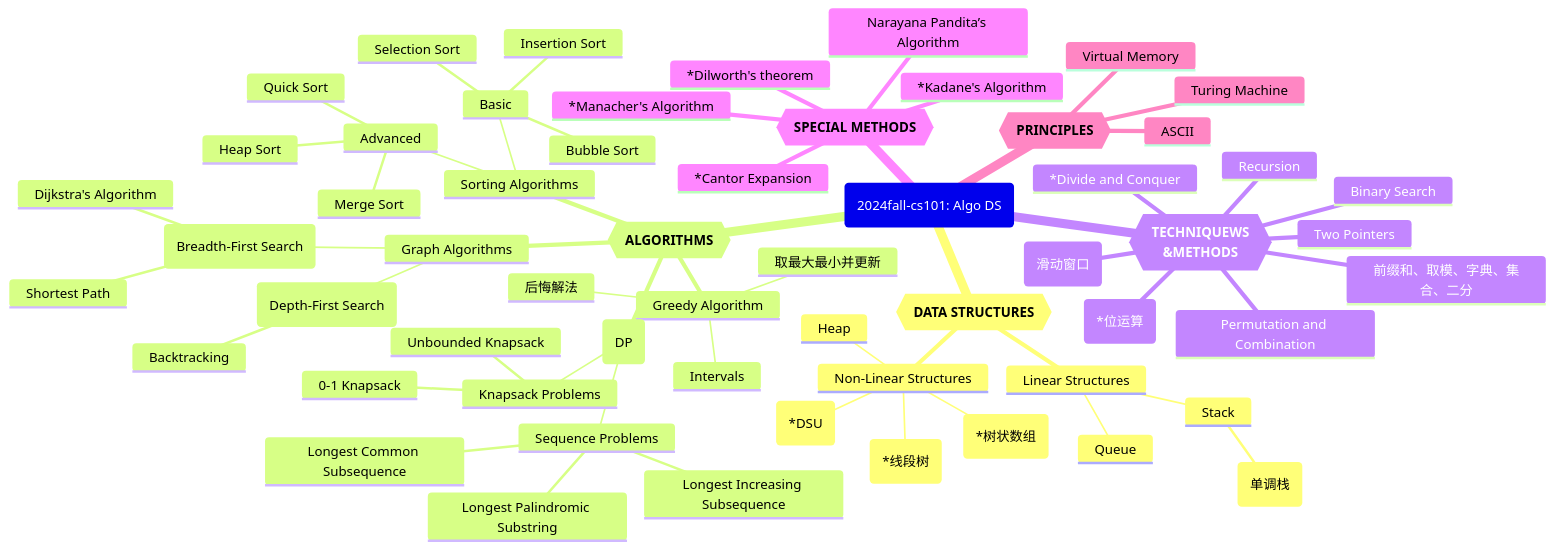
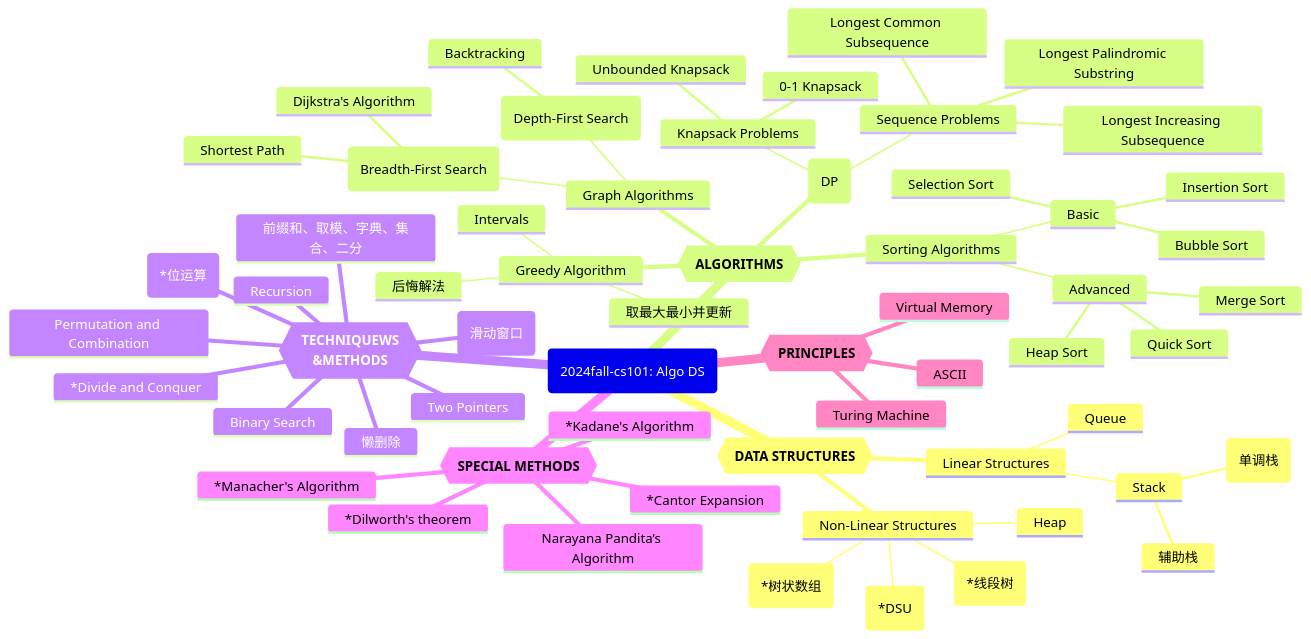
The diagram in 20241202_knowledgeGraph_cs101-AlgoDS.md (GMyhf/2024fall-cs101), drawn with Mermaid before and after one commit. The commit also changed other lines of this file, not shown here.

````diff
--- a/20241202_knowledgeGraph_cs101-AlgoDS.md
+++ b/20241202_knowledgeGraph_cs101-AlgoDS.md
@@ -19,66 +19,68 @@
 ```mermaid
 mindmap
   root (2024fall-cs101: Algo DS)
     Data Structures{{**DATA STRUCTURES**}}
     	Linear Structures
     		Stack
     			Monotonic Stack (单调栈)
+    			辅助栈
     		Queue
     	Non-Linear Structures
     		Heap
     		Segment Tree(*线段树)
     		Binary Indexed Tree(*树状数组)
     		Disjoint Set Union (*DSU)
     	
     Algorithms{{**ALGORITHMS**}}
     	Greedy Algorithm
     		Intervals
     		取最大最小并更新
     		后悔解法
     	Dynamic Programming (DP)
     		Knapsack Problems
     			0-1 Knapsack
     			Unbounded Knapsack
     		Sequence Problems
     			Longest Common Subsequence
     			Longest Increasing Subsequence
     			Longest Palindromic Substring
     	Graph Algorithms			
     		DFS (Depth-First Search)
     			Backtracking
     		BFS (Breadth-First Search)
     			Shortest Path
     			Dijkstra's Algorithm
     	Sorting Algorithms
     		Basic
     			Bubble Sort
     			Selection Sort
     			Insertion Sort
     		Advanced
     			Merge Sort
     			Quick Sort
     			Heap Sort
     Techniques & Methods{{**TECHNIQUEWS<br>&METHODS**}}
       *Divide and Conquer
       Recursion
       Binary Search
       Two Pointers
       Sliding Window(滑动窗口)
       Permutation and Combination
       Bit Manipulation (*位运算)
       前缀和、取模、字典、集合、二分
+      懒删除
     Special Methods{{**SPECIAL METHODS**}}
       *Kadane's Algorithm
       *Manacher's Algorithm
       Narayana Pandita’s Algorithm
       *Cantor Expansion
       *Dilworth's theorem
       
     Principles{{**PRINCIPLES**}}
       ASCII
       Virtual Memory
       Turing Machine
 			
       
 
 ```
````
